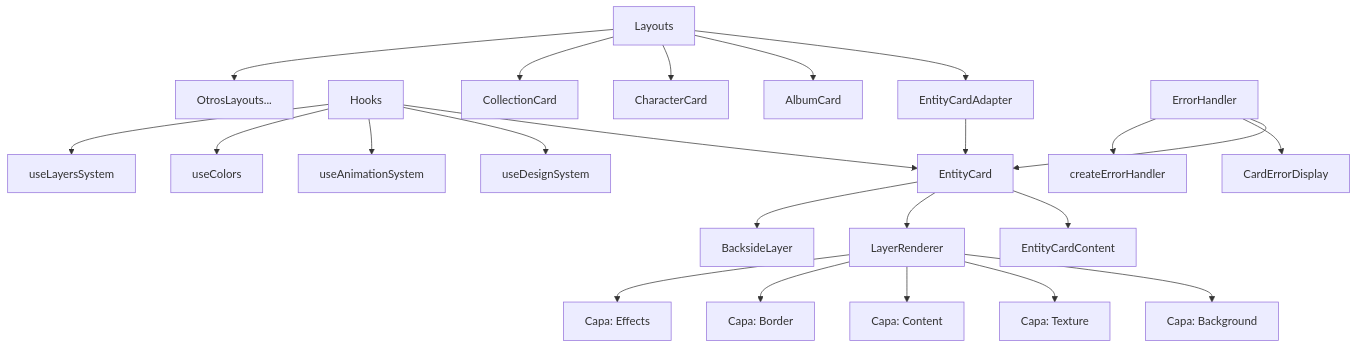
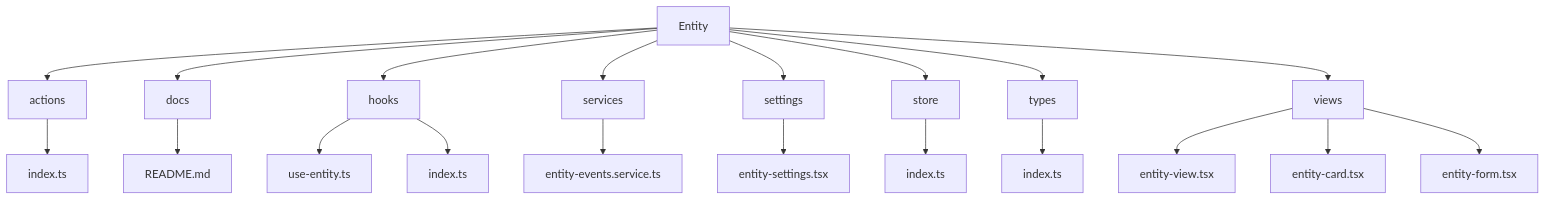
One commit to gvastethecreator/media-manager changed the first of 4 diagrams in docs/progress.md. Above: the diagram before and after it, drawn with Mermaid. The commit also changed other lines of this file and 1 other file, not shown here.

````diff
--- a/docs/progress.md
+++ b/docs/progress.md
@@ -105,32 +219,23 @@
 ```mermaid
 graph TD
-    A[EntityCard] --> B[EntityCardContent]
-    A --> C[LayerRenderer]
-    A --> D[BacksideLayer]
+    A[Entity] --> B[actions]
+    A --> C[docs]
+    A --> D[hooks]
+    A --> E[services]
+    A --> F[settings]
+    A --> G[store]
+    A --> H[types]
+    A --> I[views]
 
-    C --> E[Capa: Background]
-    C --> F[Capa: Texture]
-    C --> G[Capa: Content]
-    C --> H[Capa: Border]
-    C --> I[Capa: Effects]
-
-    J[EntityCardAdapter] --> A
-
-    K[Hooks] --> A
-
-    K --> K1[useDesignSystem]
-    K --> K2[useAnimationSystem]
-    K --> K3[useColors]
-    K --> K4[useLayersSystem]
-
-    L[Layouts] --> J
-
-    L --> L1[AlbumCard]
-    L --> L2[CharacterCard]
-    L --> L3[CollectionCard]
-    L --> L4[OtrosLayouts...]
-
-    M[ErrorHandler] --> A
-    M --> M1[CardErrorDisplay]
-    M --> M2[createErrorHandler]
+    B --> B1[index.ts]
+    C --> C1[README.md]
+    D --> D1[use-entity.ts]
+    D --> D2[index.ts]
+    E --> E1[entity-events.service.ts]
+    F --> F1[entity-settings.tsx]
+    G --> G1[index.ts]
+    H --> H1[index.ts]
+    I --> I1[entity-view.tsx]
+    I --> I2[entity-card.tsx]
+    I --> I3[entity-form.tsx]
 ```
````
